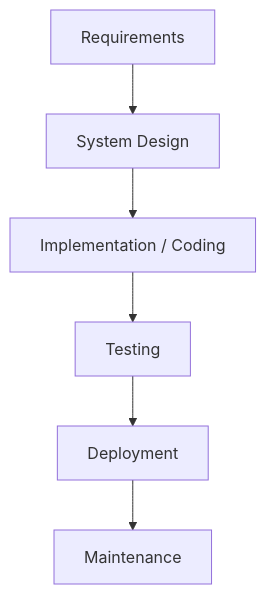
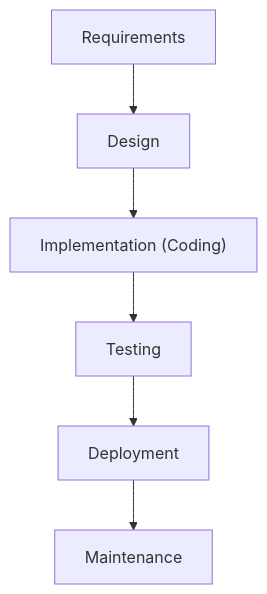
Before and after one commit to Ajay120503/ST_Notes: the fourth of 41 diagrams in README.md, drawn with Mermaid. The commit also changed other lines of this file, not shown here.

````diff
--- a/README.md
+++ b/README.md
@@ -55,8 +118,4 @@
 ```mermaid
 flowchart TD
-    A[Requirements] --> B[System Design]
-    B --> C[Implementation / Coding]
-    C --> D[Testing]
-    D --> E[Deployment]
-    E --> F[Maintenance]
+    R["Requirements"] --> D["Design"] --> I["Implementation (Coding)"] --> T["Testing"] --> DP["Deployment"] --> M["Maintenance"]
 ```
````
